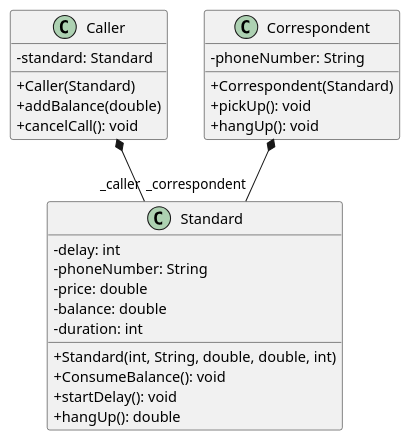
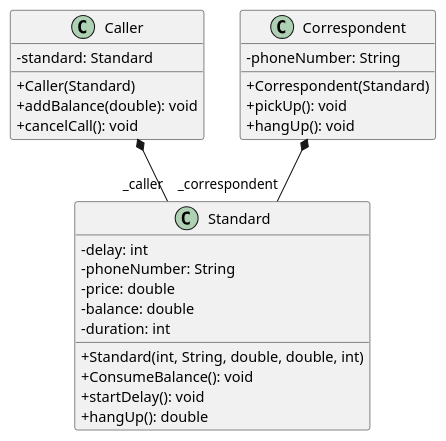
Before and after one commit to lpodev/publiphone: the diagram in Class_Diagram.plantuml, drawn with PlantUML.

Commit message:
fix addBalance method of Caller

```diff
--- a/Class_Diagram.plantuml
+++ b/Class_Diagram.plantuml
@@ -1,37 +1,37 @@
 @startuml shopping
 skinparam classAttributeIconSize 0
 
 
 class Standard {
     - delay: int
     - phoneNumber: String 
     - price: double
     - balance: double
     - duration: int
     
     + Standard(int, String, double, double, int)
     + ConsumeBalance(): void
     + startDelay(): void
     + hangUp(): double
 }
 
 
 class Caller {
     - standard: Standard
     + Caller(Standard)
-    + addBalance(double)
+    + addBalance(double): void
     + cancelCall(): void
 }
 
 class Correspondent {
     - phoneNumber: String 
 
     + Correspondent(Standard)
     + pickUp(): void
     + hangUp(): void
 }
 
 Caller *--  "_caller" Standard
 Correspondent *-- "_correspondent" Standard
 
 @enduml
```
